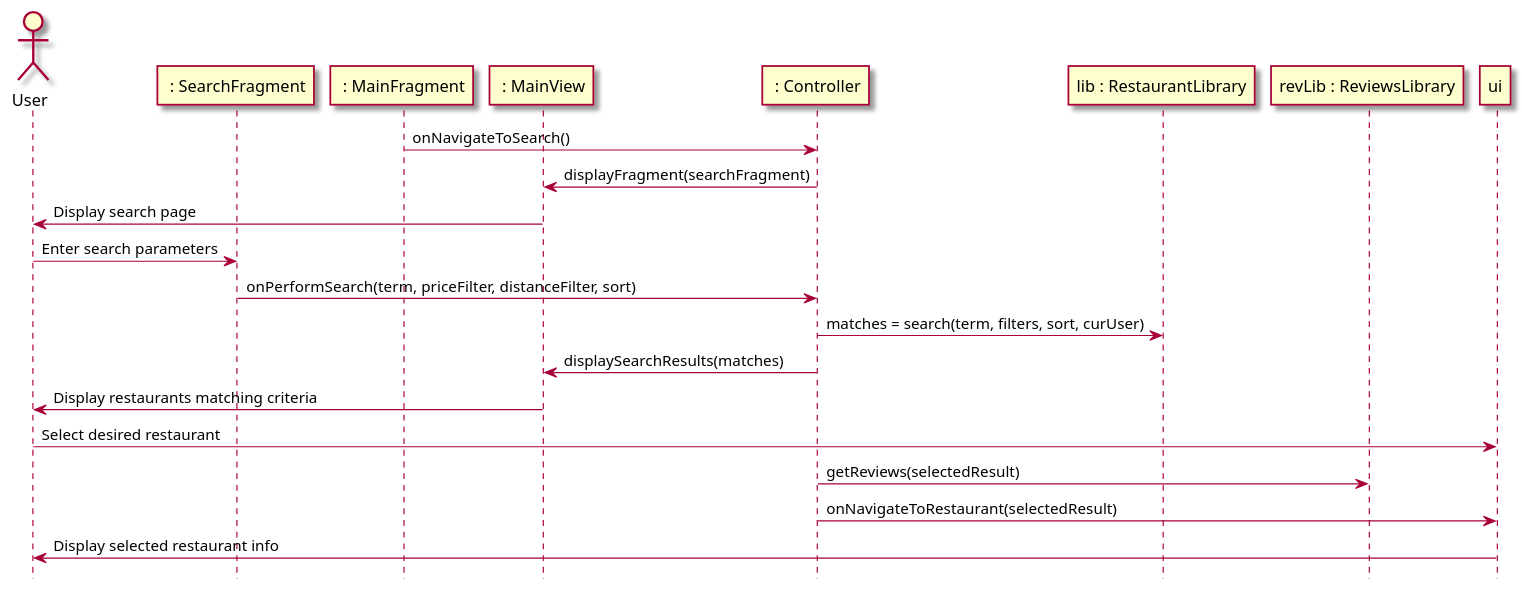
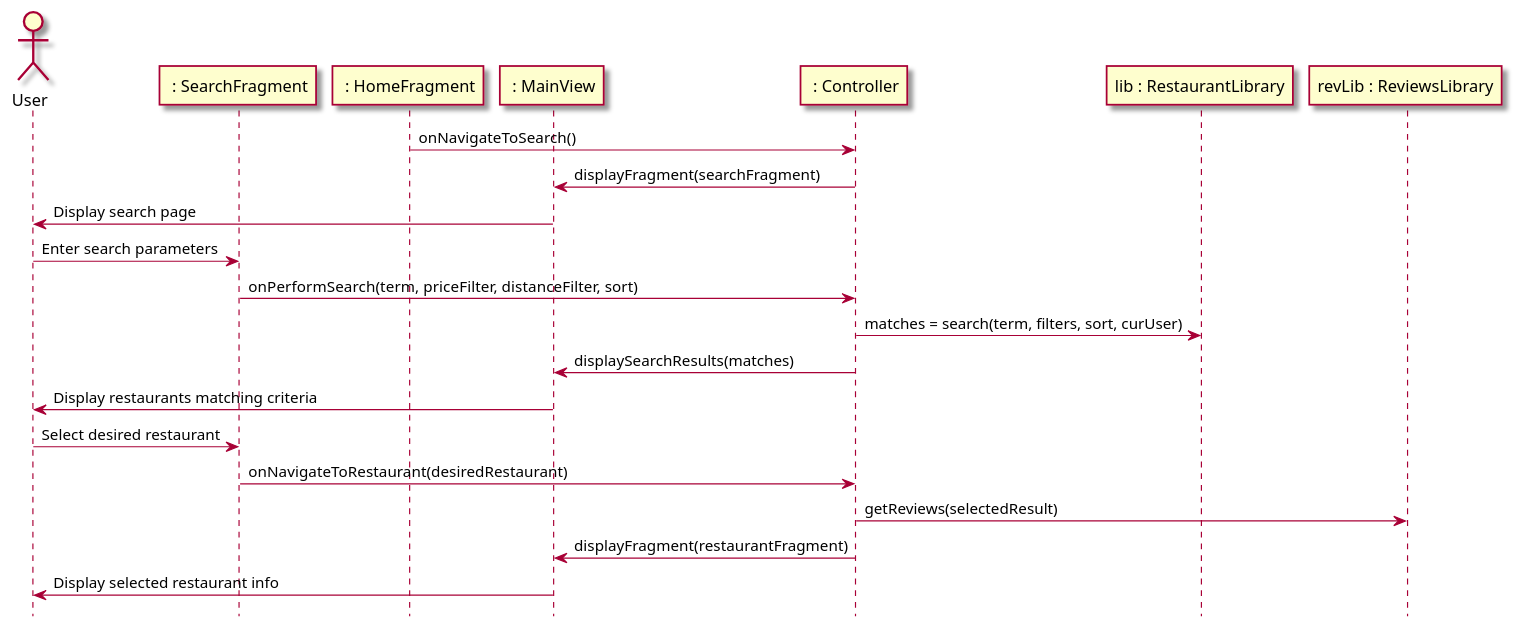
One commit to tanwasp/LunchBox-Android changed the first of 4 diagrams in intellij/doc/design.md. Above: the diagram before and after it, drawn with PlantUML. The commit also changed other lines of this file and 1 other file, not shown here.

Commit message:
Finish sequence diagrams

````diff
--- a/intellij/doc/design.md
+++ b/intellij/doc/design.md
@@ -5,27 +5,28 @@
 ```plantuml
 @startuml
 hide footbox
 skin rose
 
 actor User as user
 participant " : SearchFragment" as searchFrag
-participant " : MainFragment" as homeFrag
+participant " : HomeFragment" as homeFrag
 participant " : MainView" as mainView
 participant " : Controller" as controller
 participant "lib : RestaurantLibrary" as lib
 participant "revLib : ReviewsLibrary" as revLib
 
 homeFrag -> controller : onNavigateToSearch()
 controller -> mainView : displayFragment(searchFragment)
 mainView -> user : Display search page
 user -> searchFrag : Enter search parameters
 searchFrag -> controller : onPerformSearch(term, priceFilter, distanceFilter, sort)
 controller -> lib : matches = search(term, filters, sort, curUser)
 controller -> mainView : displaySearchResults(matches)
 mainView -> user : Display restaurants matching criteria
-user -> ui : Select desired restaurant
+user -> searchFrag : Select desired restaurant
+searchFrag -> controller : onNavigateToRestaurant(desiredRestaurant)
 controller -> revLib : getReviews(selectedResult)
-controller -> ui : onNavigateToRestaurant(selectedResult)
-ui -> user : Display selected restaurant info
+controller -> mainView : displayFragment(restaurantFragment)
+mainView -> user : Display selected restaurant info
 @enduml
 ```
````
